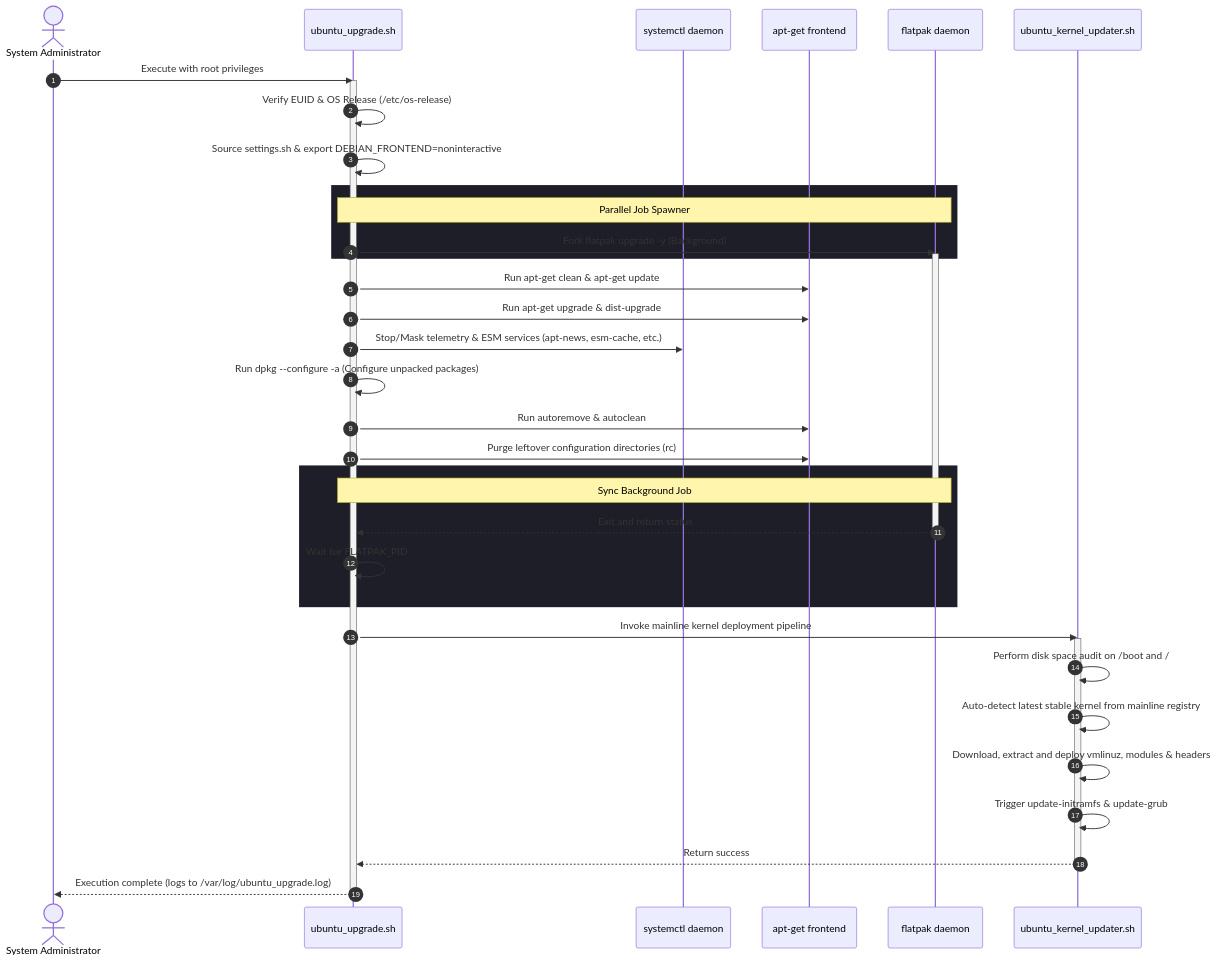
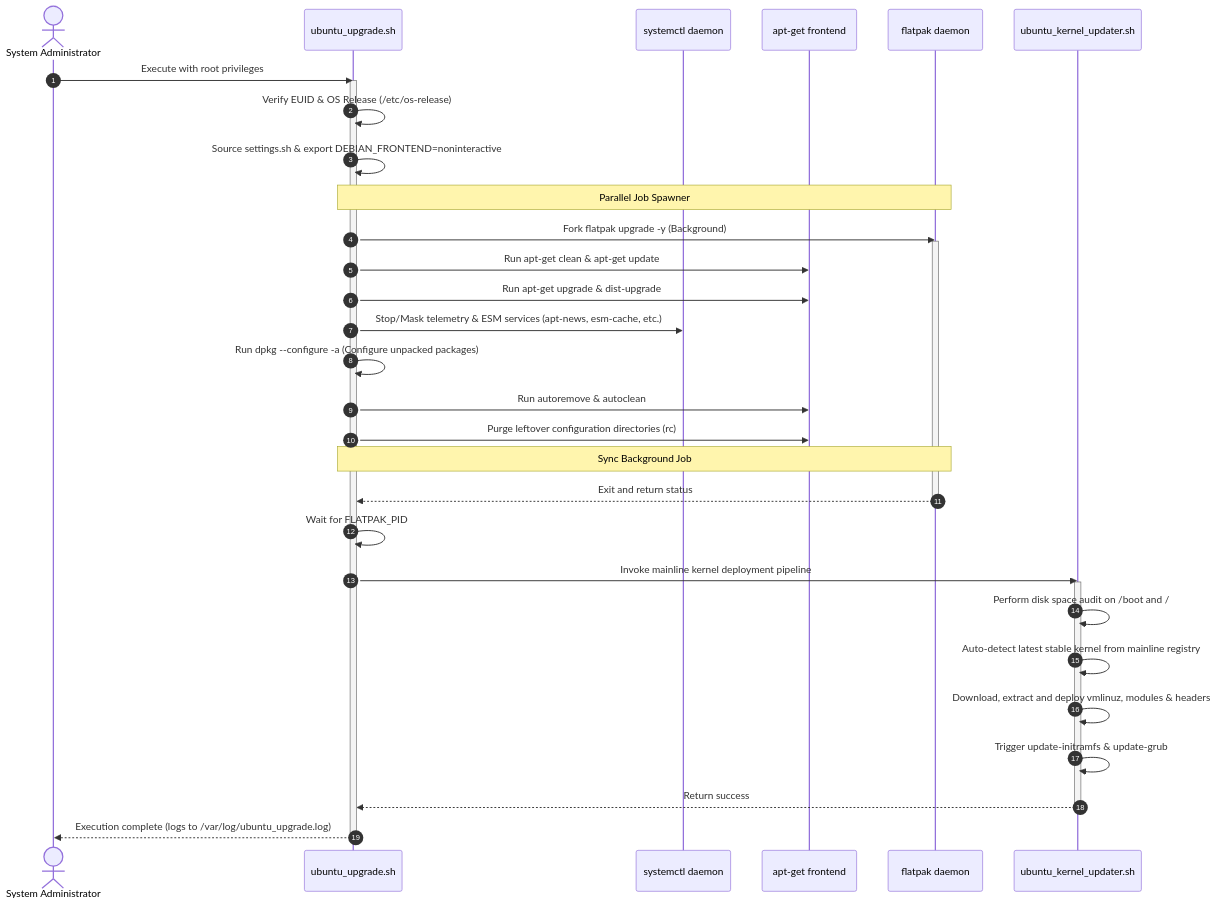
The diagram in os_sys/ubuntu_upgrade_README.md (edsilegxrepo/devops), drawn with Mermaid before and after one commit. The commit also changed 2 other files, not shown here.

Commit message:
Mermaid chart tuning

````diff
--- a/os_sys/ubuntu_upgrade_README.md
+++ b/os_sys/ubuntu_upgrade_README.md
@@ -43,47 +43,43 @@
 ```mermaid
 sequenceDiagram
     autonumber
     actor Admin as System Administrator
     participant Upgrader as ubuntu_upgrade.sh
     participant Systemctl as systemctl daemon
     participant APT as apt-get frontend
     participant Flatpak as flatpak daemon
     participant Kernel as ubuntu_kernel_updater.sh
 
     Admin->>Upgrader: Execute with root privileges
     activate Upgrader
     Upgrader->>Upgrader: Verify EUID & OS Release (/etc/os-release)
     Upgrader->>Upgrader: Source settings.sh & export DEBIAN_FRONTEND=noninteractive
     
-    rect rgb(30, 30, 40)
-        Note over Upgrader, Flatpak: Parallel Job Spawner
-        Upgrader->>Flatpak: Fork flatpak upgrade -y (Background)
-        activate Flatpak
-    end
+    Note over Upgrader, Flatpak: Parallel Job Spawner
+    Upgrader->>Flatpak: Fork flatpak upgrade -y (Background)
+    activate Flatpak
 
     Upgrader->>APT: Run apt-get clean & apt-get update
     Upgrader->>APT: Run apt-get upgrade & dist-upgrade
     Upgrader->>Systemctl: Stop/Mask telemetry & ESM services (apt-news, esm-cache, etc.)
     Upgrader->>Upgrader: Run dpkg --configure -a (Configure unpacked packages)
     Upgrader->>APT: Run autoremove & autoclean
     Upgrader->>APT: Purge leftover configuration directories (rc)
     
-    rect rgb(30, 30, 40)
-        Note over Upgrader, Flatpak: Sync Background Job
-        Flatpak-->>Upgrader: Exit and return status
-        deactivate Flatpak
-        Upgrader->>Upgrader: Wait for FLATPAK_PID
-    end
+    Note over Upgrader, Flatpak: Sync Background Job
+    Flatpak-->>Upgrader: Exit and return status
+    deactivate Flatpak
+    Upgrader->>Upgrader: Wait for FLATPAK_PID
 
     Upgrader->>Kernel: Invoke mainline kernel deployment pipeline
     activate Kernel
     Kernel->>Kernel: Perform disk space audit on /boot and /
     Kernel->>Kernel: Auto-detect latest stable kernel from mainline registry
     Kernel->>Kernel: Download, extract and deploy vmlinuz, modules & headers
     Kernel->>Kernel: Trigger update-initramfs & update-grub
     Kernel-->>Upgrader: Return success
     deactivate Kernel
 
     Upgrader-->>Admin: Execution complete (logs to /var/log/ubuntu_upgrade.log)
     deactivate Upgrader
 ```
````
